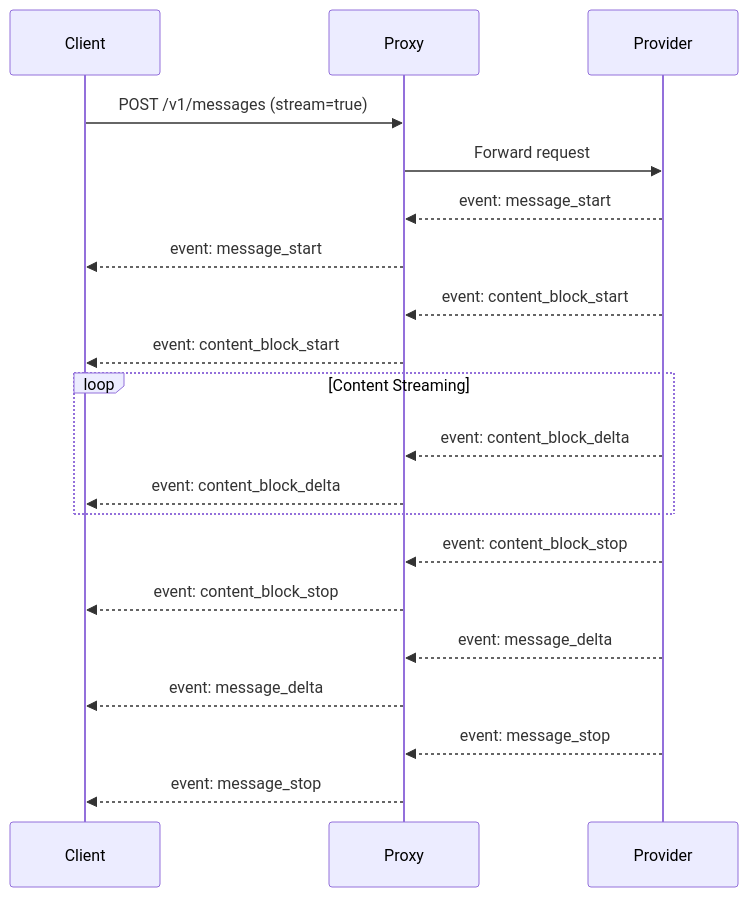
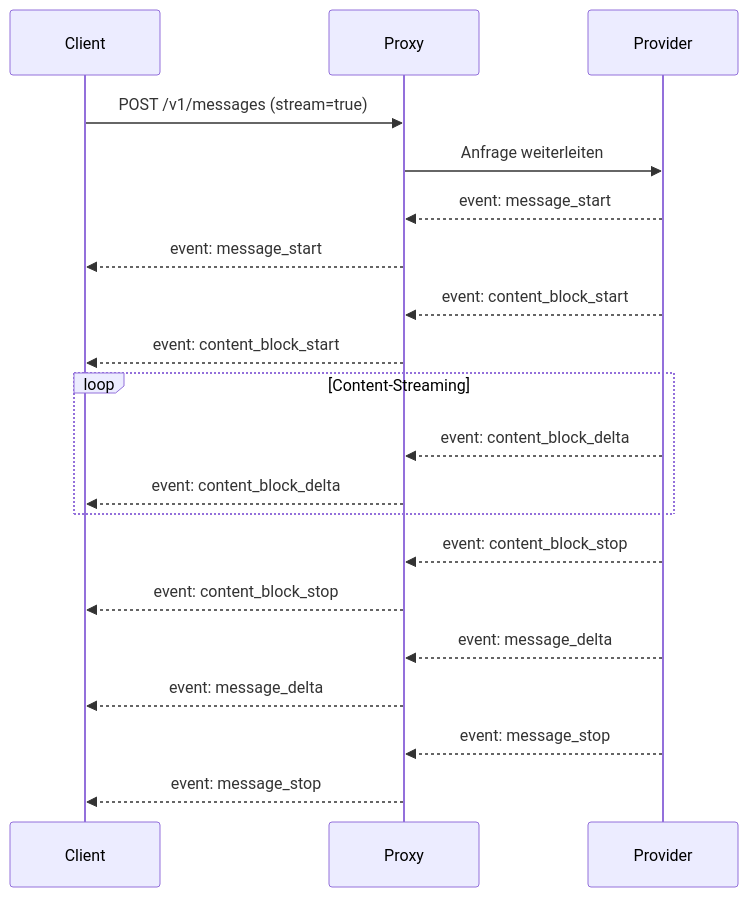
The fourth of 5 diagrams in docs-site/content/de/docs/architecture.md (omarluq/cc-relay), drawn with Mermaid before and after one commit. The commit also changed other lines of this file and 4 other files, not shown here.

First line of the commit message:
docs: translate architecture.md to all supported languages

````diff
--- a/docs-site/content/de/docs/architecture.md
+++ b/docs-site/content/de/docs/architecture.md
@@ -210,29 +210,29 @@
 ```mermaid
 sequenceDiagram
     participant Client
     participant Proxy
     participant Provider
 
     Client->>Proxy: POST /v1/messages (stream=true)
-    Proxy->>Provider: Forward request
+    Proxy->>Provider: Anfrage weiterleiten
 
     Provider-->>Proxy: event: message_start
     Proxy-->>Client: event: message_start
 
     Provider-->>Proxy: event: content_block_start
     Proxy-->>Client: event: content_block_start
 
-    loop Content Streaming
+    loop Content-Streaming
         Provider-->>Proxy: event: content_block_delta
         Proxy-->>Client: event: content_block_delta
     end
 
     Provider-->>Proxy: event: content_block_stop
     Proxy-->>Client: event: content_block_stop
 
     Provider-->>Proxy: event: message_delta
     Proxy-->>Client: event: message_delta
 
     Provider-->>Proxy: event: message_stop
     Proxy-->>Client: event: message_stop
 ```
````
